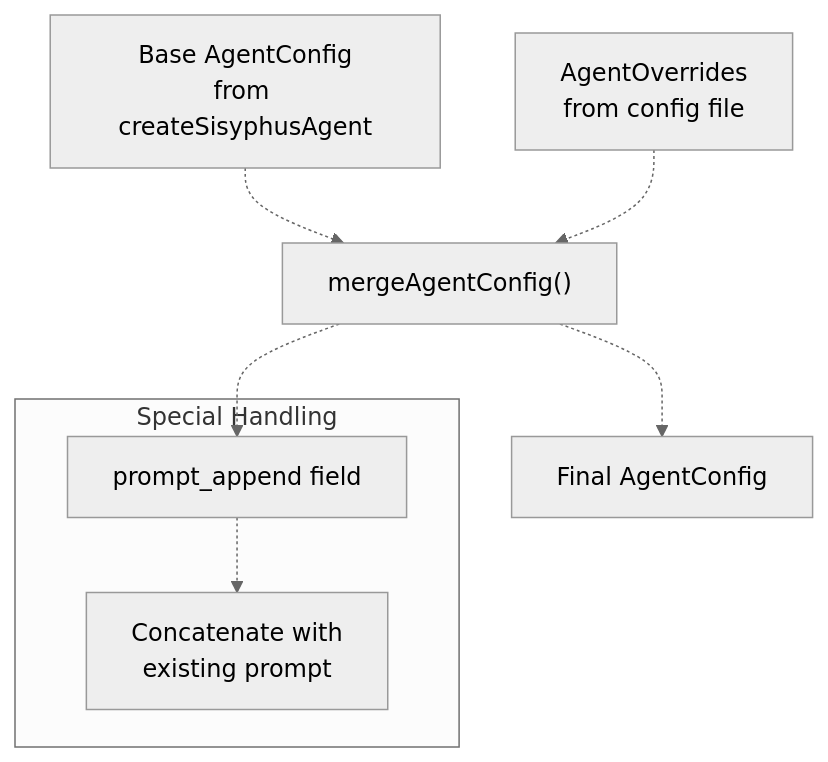
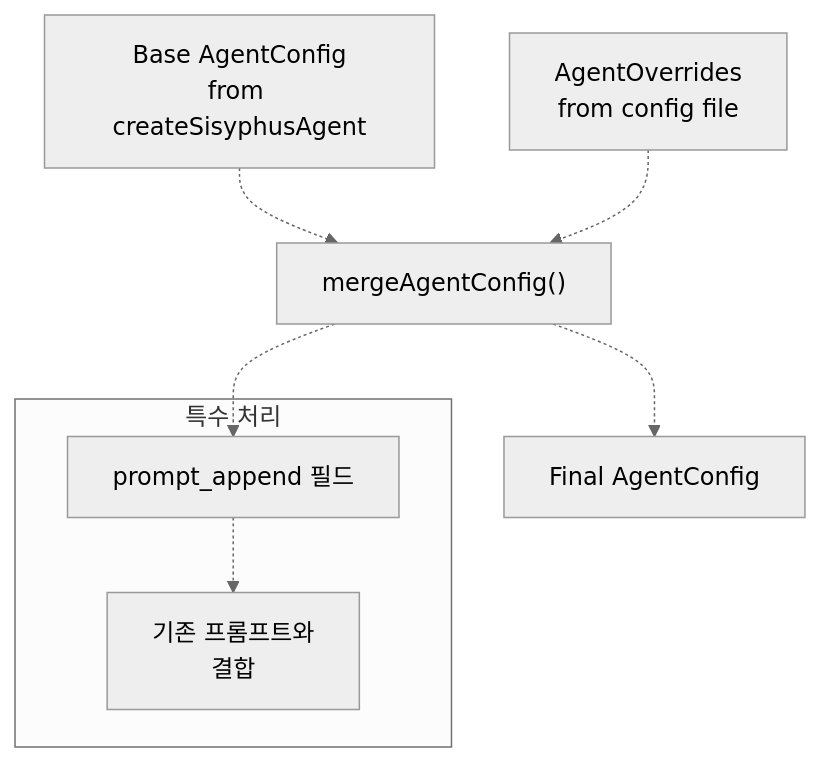
The fourth of 4 diagrams in docs/agents/sisyphus-orchestrator.md (felipetruman/oh-my-opencode-docs), drawn with Mermaid (neutral theme) before and after one commit. The commit also changed other lines of this file and 76 other files, not shown here.

````diff
--- a/docs/agents/sisyphus-orchestrator.md
+++ b/docs/agents/sisyphus-orchestrator.md
@@ -399,21 +388,21 @@
 ```mermaid
 flowchart TD
 
 Base["Base AgentConfig<br>from createSisyphusAgent"]
 Override["AgentOverrides<br>from config file"]
 Merge["mergeAgentConfig()"]
 Final["Final AgentConfig"]
-PromptAppend["prompt_append field"]
-PromptConcat["Concatenate with<br>existing prompt"]
+PromptAppend["prompt_append 필드"]
+PromptConcat["기존 프롬프트와<br>결합"]
 
 Base -.-> Merge
 Override -.-> Merge
 Merge -.-> Final
 Merge -.-> PromptAppend
 
-subgraph subGraph0 ["Special Handling"]
+subgraph subGraph0 ["특수 처리"]
     PromptAppend
     PromptConcat
     PromptAppend -.-> PromptConcat
 end
 ```
````
